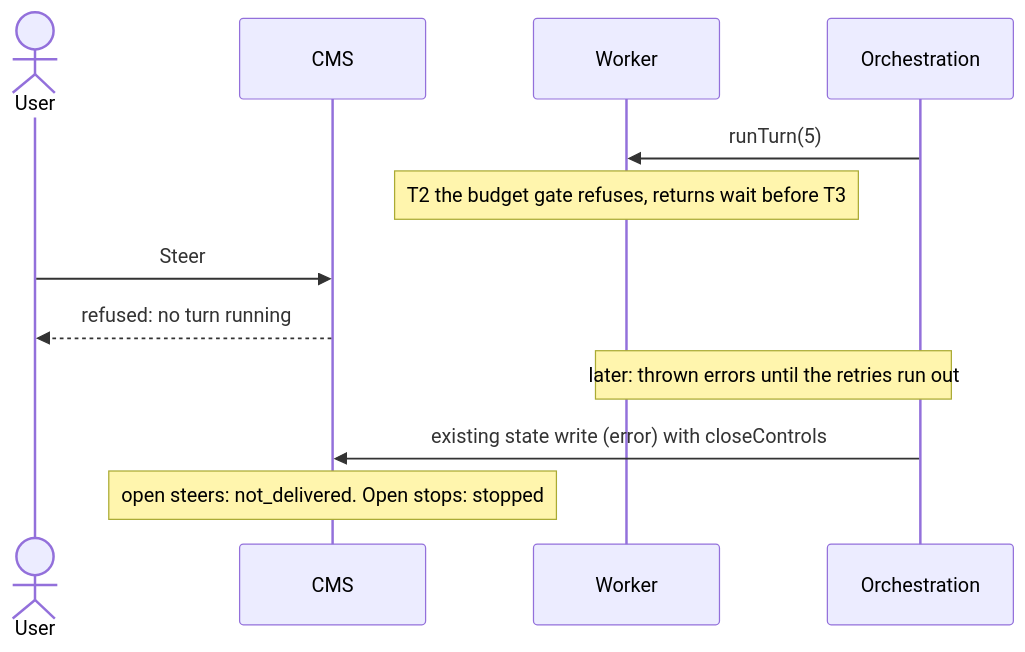
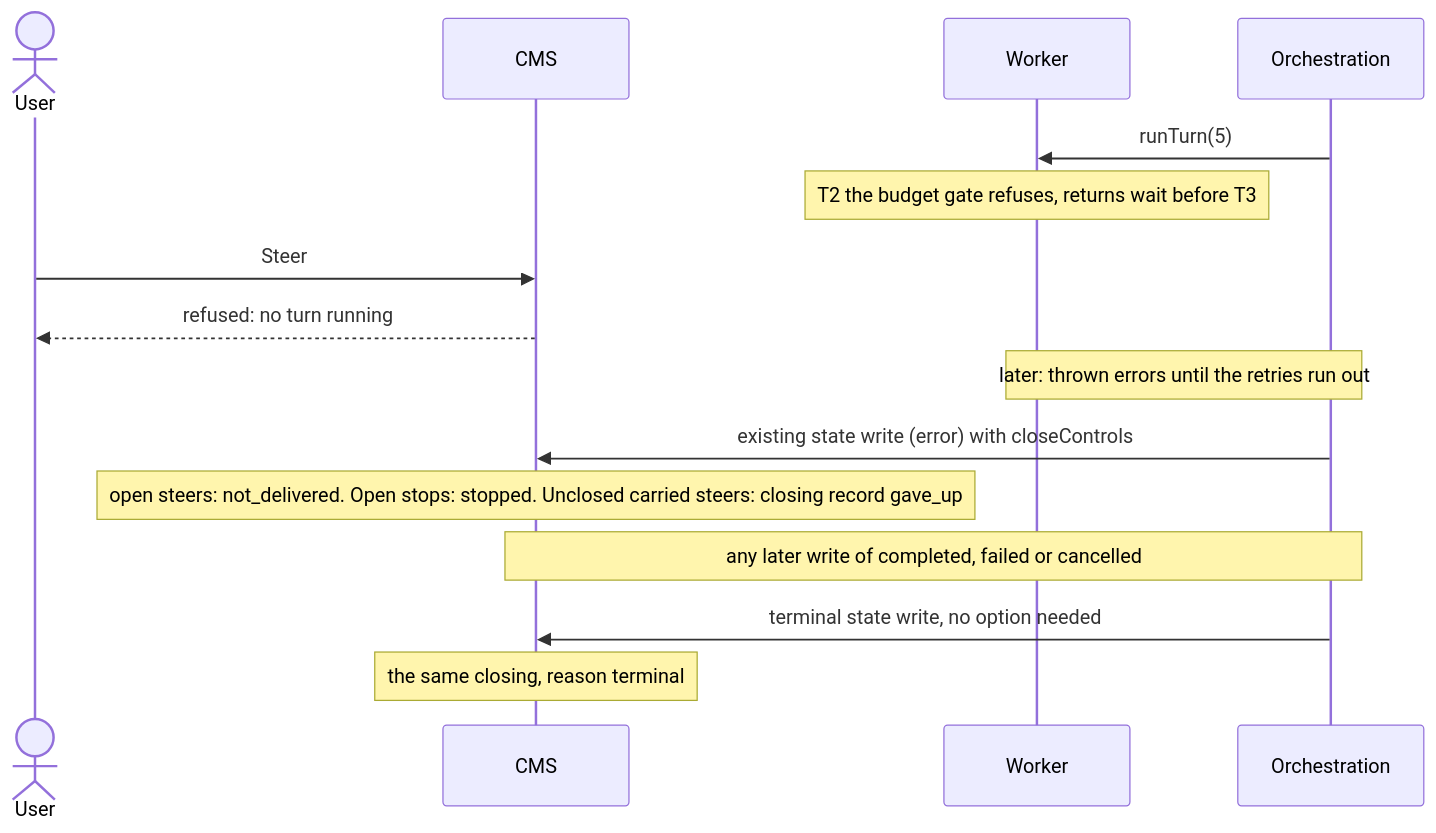
One commit to microsoft/PilotSwarm changed diagram 13 of 13 in docs/proposals/session-turn-control.md. Above: the diagram before and after it, drawn with Mermaid. The commit also changed other lines of this file, not shown here.

````diff
--- a/docs/proposals/session-turn-control.md
+++ b/docs/proposals/session-turn-control.md
@@ -478,14 +569,17 @@
 ```mermaid
 sequenceDiagram
     actor U as User
     participant DB as CMS
     participant W as Worker
     participant O as Orchestration
     O->>W: runTurn(5)
     Note over W: T2 the budget gate refuses, returns wait before T3
     U->>DB: Steer
     DB-->>U: refused: no turn running
     Note over O,W: later: thrown errors until the retries run out
     O->>DB: existing state write (error) with closeControls
-    Note over DB: open steers: not_delivered. Open stops: stopped
+    Note over DB: open steers: not_delivered. Open stops: stopped. Unclosed carried steers: closing record gave_up
+    Note over O,DB: any later write of completed, failed or cancelled
+    O->>DB: terminal state write, no option needed
+    Note over DB: the same closing, reason terminal
 ```
````
